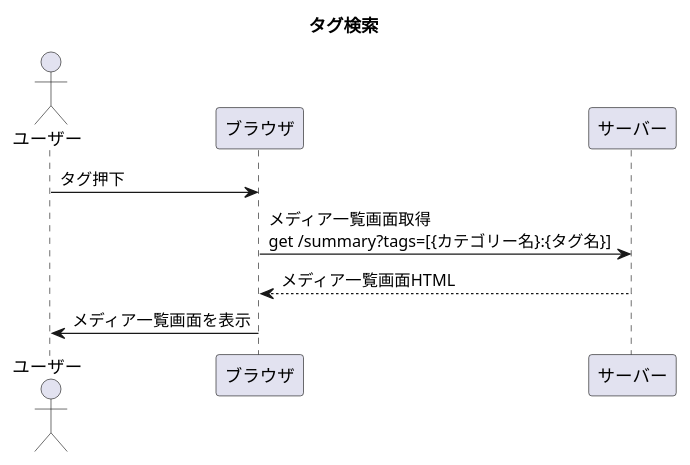
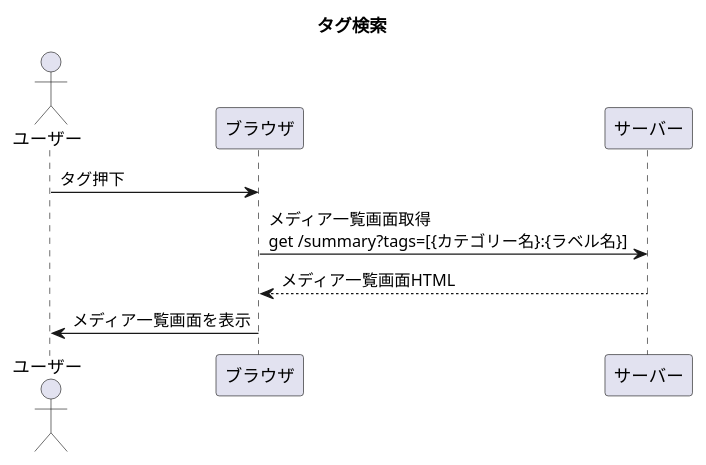
One commit to hachimitu22/MangaViewer changed the diagram in doc/4_ui/pages/お気に入り一覧/sequence/タグ検索.puml. Above: the diagram before and after it, drawn with PlantUML. The commit also changed 9 other files, not shown here.

Commit message:
docs: タグ名 -> ラベル名 に変更

```diff
--- a/doc/4_ui/pages/お気に入り一覧/sequence/タグ検索.puml
+++ b/doc/4_ui/pages/お気に入り一覧/sequence/タグ検索.puml
@@ -1,14 +1,14 @@
 @startuml
 
 title タグ検索
 
 actor ユーザー
 participant ブラウザ
 participant サーバー
 
 ユーザー -> ブラウザ: タグ押下
-ブラウザ -> サーバー: メディア一覧画面取得\nget /summary?tags=[{カテゴリー名}:{タグ名}]
+ブラウザ -> サーバー: メディア一覧画面取得\nget /summary?tags=[{カテゴリー名}:{ラベル名}]
 ブラウザ <-- サーバー: メディア一覧画面HTML
 ユーザー <- ブラウザ: メディア一覧画面を表示
 
 @enduml
```
